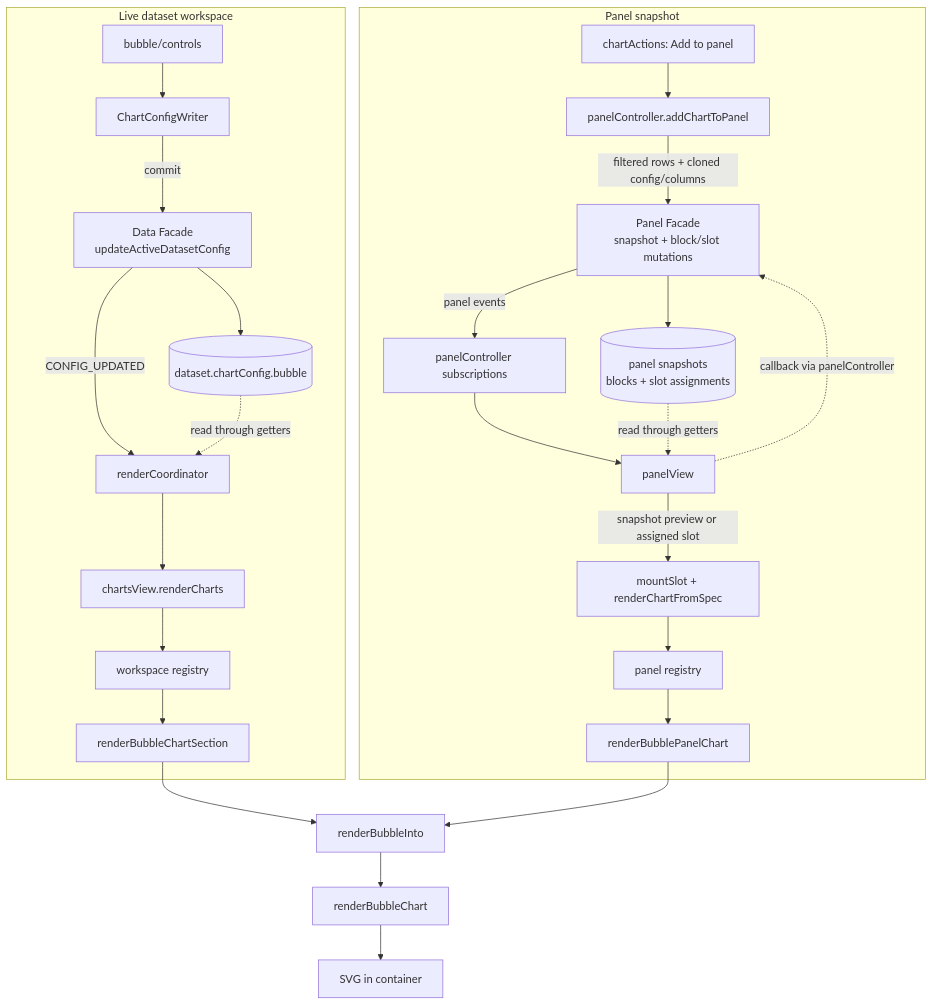
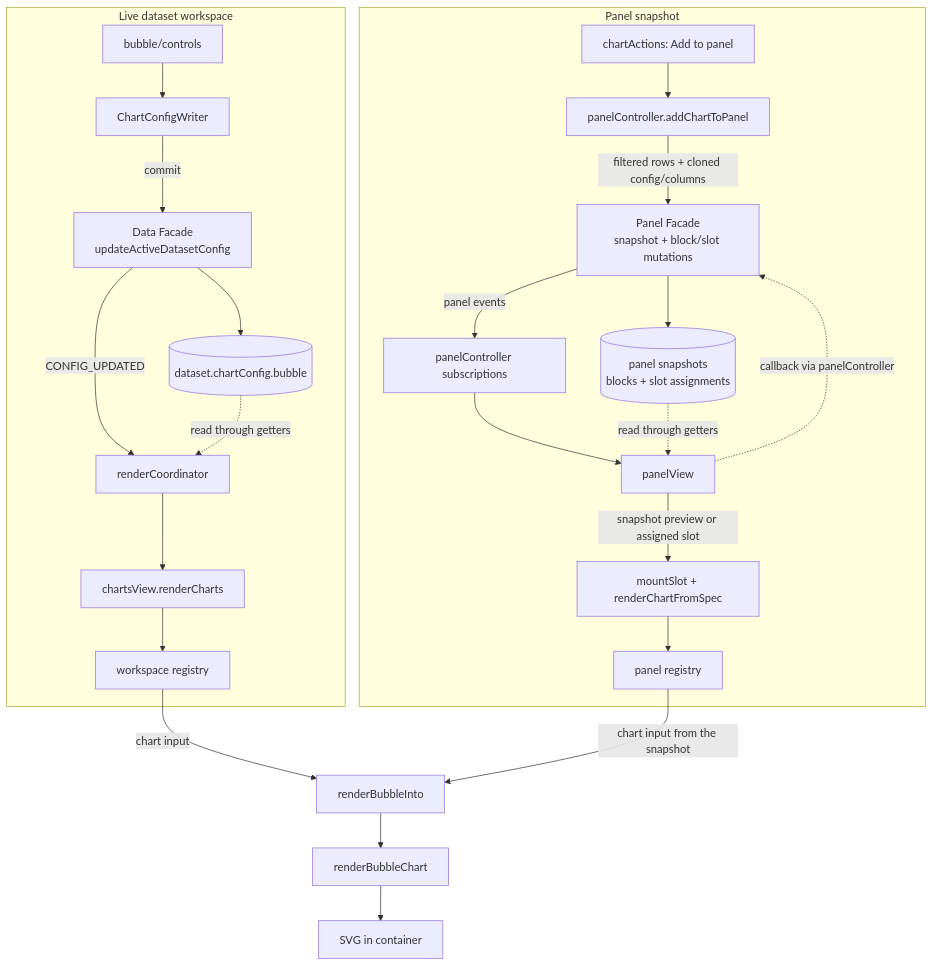
One commit to GabrielInada/CHIVE changed the diagram in docs/development/charts/bubble.md. Above: the diagram before and after it, drawn with Mermaid. The commit also changed other lines of this file and 73 other files, not shown here.

````diff
--- a/docs/development/charts/bubble.md
+++ b/docs/development/charts/bubble.md
@@ -96,31 +94,29 @@
 ```mermaid
 flowchart TB
     subgraph LIVE["Live dataset workspace"]
         CONTROLS["bubble/controls"] --> WRITER["ChartConfigWriter"]
         WRITER -- commit --> DFACADE["Data Facade<br/>updateActiveDatasetConfig"]
         DFACADE --> DSTATE[("dataset.chartConfig.bubble")]
         DFACADE -- CONFIG_UPDATED --> COORD["renderCoordinator"]
         DSTATE -. read through getters .-> COORD
         COORD --> CHARTSVIEW["chartsView.renderCharts"]
         CHARTSVIEW --> WREG["workspace registry"]
-        WREG --> WSECTION["renderBubbleChartSection"]
     end
 
     subgraph SAVED["Panel snapshot"]
         ACTION["chartActions: Add to panel"] --> PCAPTURE["panelController.addChartToPanel"]
         PCAPTURE -- filtered rows + cloned config/columns --> PFACADE["Panel Facade<br/>snapshot + block/slot mutations"]
         PFACADE --> PSTATE[("panel snapshots<br/>blocks + slot assignments")]
         PFACADE -- panel events --> PSUB["panelController subscriptions"]
         PSUB --> PVIEW["panelView"]
         PSTATE -. read through getters .-> PVIEW
         PVIEW -. callback via panelController .-> PFACADE
         PVIEW -- snapshot preview or assigned slot --> MOUNT["mountSlot + renderChartFromSpec"]
         MOUNT --> PREG["panel registry"]
-        PREG --> ADAPTER["renderBubblePanelChart"]
     end
 
-    WSECTION --> PRESENT["renderBubbleInto"]
-    ADAPTER --> PRESENT
+    WREG -- chart input --> PRESENT["renderBubbleInto"]
+    PREG -- chart input from the snapshot --> PRESENT
     PRESENT --> RENDERER["renderBubbleChart"]
     RENDERER --> OUTPUT["SVG in container"]
 ```
````
